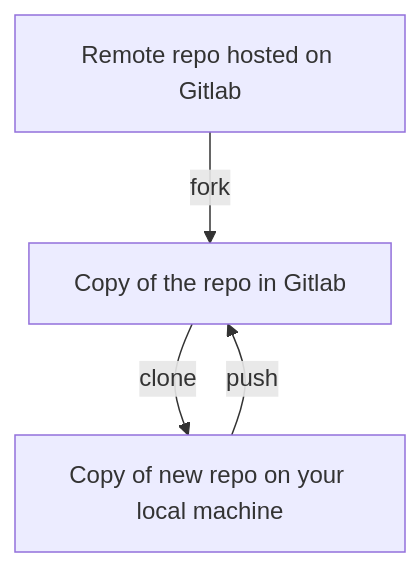
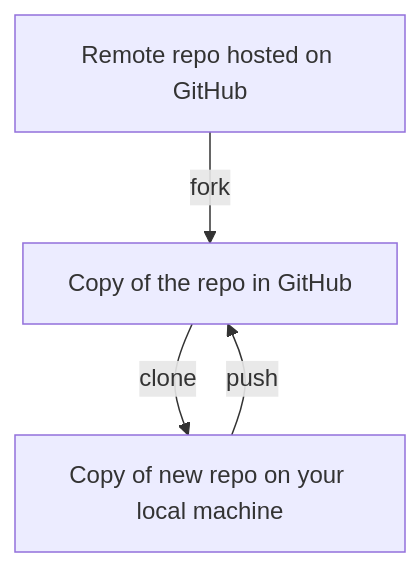
Before and after one commit to life-itself/tao: the third of 6 diagrams in git/README.md, drawn with Mermaid. The commit also changed other lines of this file and 8 other files, not shown here.

````diff
--- a/git/README.md
+++ b/git/README.md
@@ -80,9 +80,9 @@
 ```mermaid
 graph TD
 
-remote[Remote repo hosted on Gitlab]
-remote --fork --> nrepo[Copy of the repo in Gitlab]
+remote[Remote repo hosted on GitHub]
+remote --fork --> nrepo[Copy of the repo in GitHub]
 nrepo --clone --> local[Copy of new repo on your local machine]
-local --push --> nrepo[Copy of the repo in Gitlab]
+local --push --> nrepo[Copy of the repo in GitHub]
 
 ```
````
